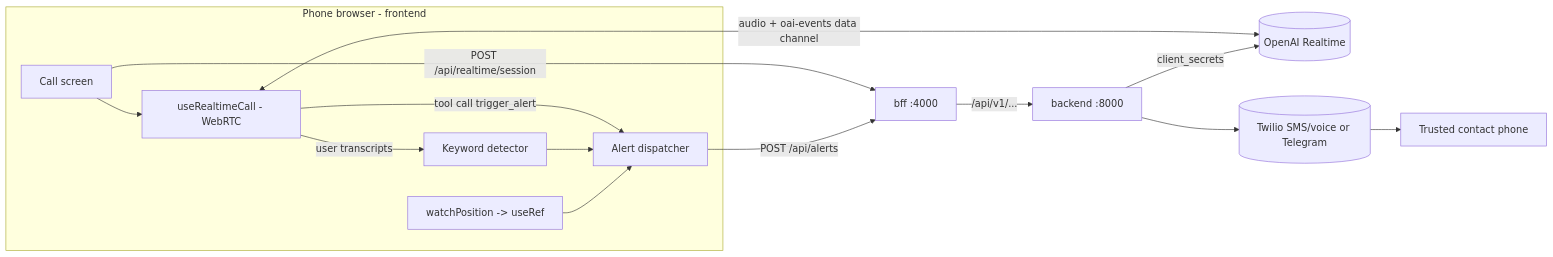
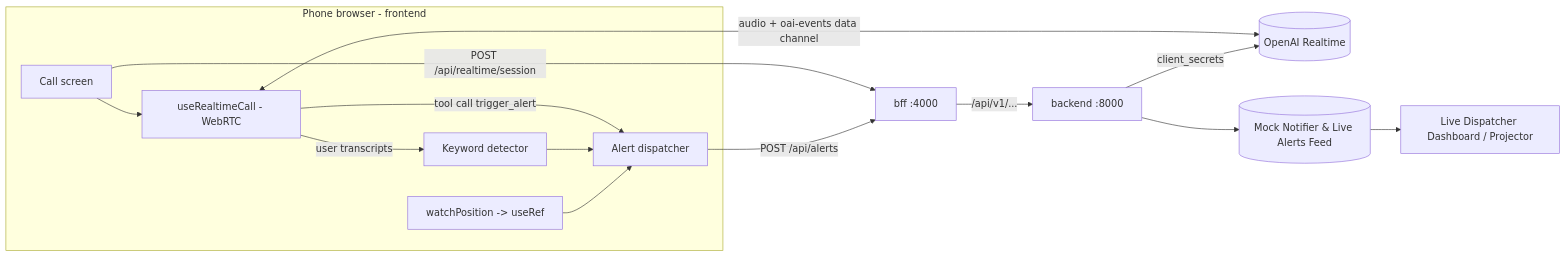
Before and after one commit to xxdagi/GuardianAgent: the first of 3 diagrams in docs/PROJECT_PLAN.md, drawn with Mermaid. The commit also changed other lines of this file and 10 other files, not shown here.

````diff
--- a/docs/PROJECT_PLAN.md
+++ b/docs/PROJECT_PLAN.md
@@ -84,17 +78,17 @@
 ```mermaid
 flowchart LR
   subgraph Phone browser - frontend
     UI[Call screen] --> RT[useRealtimeCall - WebRTC]
     RT -->|user transcripts| KD[Keyword detector]
     RT -->|tool call trigger_alert| AL[Alert dispatcher]
     KD --> AL
     GEO[watchPosition -> useRef] --> AL
   end
   RT <-->|audio + oai-events data channel| OAI[(OpenAI Realtime)]
   UI -->|POST /api/realtime/session| BFF[bff :4000]
   AL -->|POST /api/alerts| BFF
   BFF -->|/api/v1/...| BE[backend :8000]
   BE -->|client_secrets| OAI
-  BE --> NOTIF[(Twilio SMS/voice or Telegram)]
-  NOTIF --> TC[Trusted contact phone]
+  BE --> NOTIF[(Mock Notifier & Live Alerts Feed)]
+  NOTIF --> DISP[Live Dispatcher Dashboard / Projector]
 ```
````
